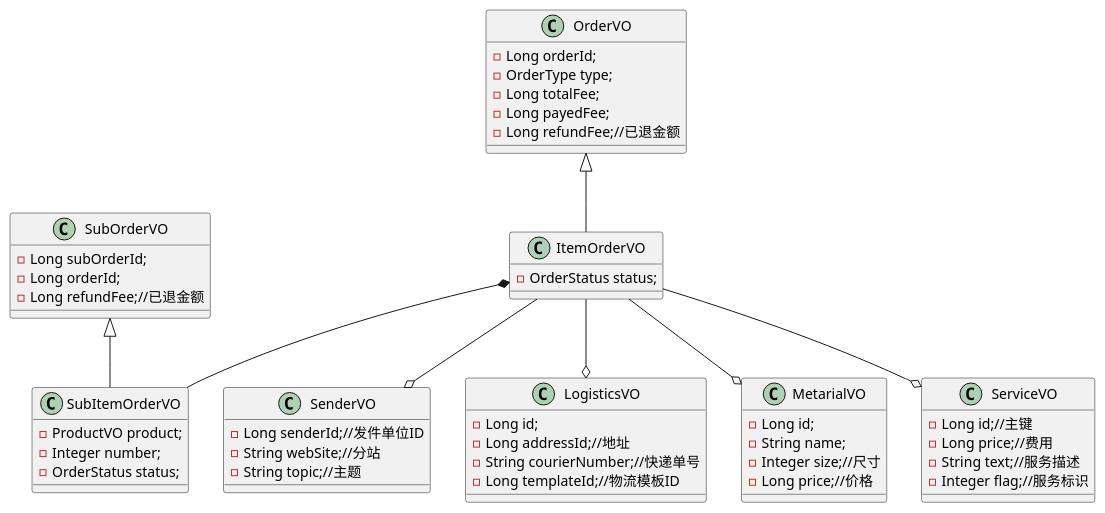
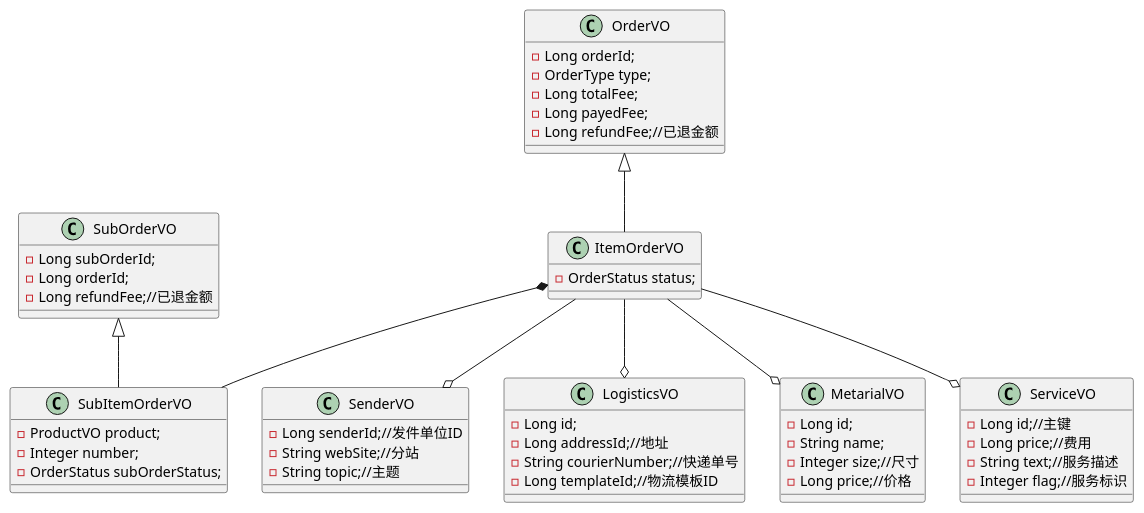
One commit to pogy/main-pom changed the diagram in main4-order/main4-order-api/src/main/resources/orderData.puml. Above: the diagram before and after it, drawn with PlantUML. The commit also changed 5 other files, not shown here.

Commit message:
MAIN_SITE4-309 查询子订单，实现com.shigu.main4.order.model.ItemOrder#subOrdersInfo

```diff
--- a/main4-order/main4-order-api/src/main/resources/orderData.puml
+++ b/main4-order/main4-order-api/src/main/resources/orderData.puml
@@ -1,66 +1,66 @@
 @startuml
 
 class OrderVO{
 -Long orderId;
 -OrderType type;
 -Long totalFee;
 -Long payedFee;
 -Long refundFee;//已退金额
 }
 
 class ItemOrderVO{
 -OrderStatus status;
 }
 
 class SubOrderVO{
 -Long subOrderId;
 -Long orderId;
 -Long refundFee;//已退金额
 }
 
 class SubItemOrderVO{
 -ProductVO product;
 -Integer number;
--OrderStatus status;
+-OrderStatus subOrderStatus;
 }
 
 class SenderVO{
 -Long senderId;//发件单位ID
 -String webSite;//分站
 -String topic;//主题
 }
 
 class LogisticsVO{
 -Long id;
 -Long addressId;//地址
 -String courierNumber;//快递单号
 -Long templateId;//物流模板ID
 }
 
 class MetarialVO{
 -Long id;
 -String name;
 -Integer size;//尺寸
 -Long price;//价格
 }
 
 class ServiceVO{
 -Long id;//主键
 -Long price;//费用
 -String text;//服务描述
 -Integer flag;//服务标识
 }
 
 
 OrderVO <|-- ItemOrderVO
 SubOrderVO <|-- SubItemOrderVO
 
 ItemOrderVO *-- SubItemOrderVO
 ItemOrderVO --o ServiceVO
 
 ItemOrderVO --o SenderVO
 ItemOrderVO --o MetarialVO
 ItemOrderVO --o LogisticsVO
 
 
 @enduml
```
